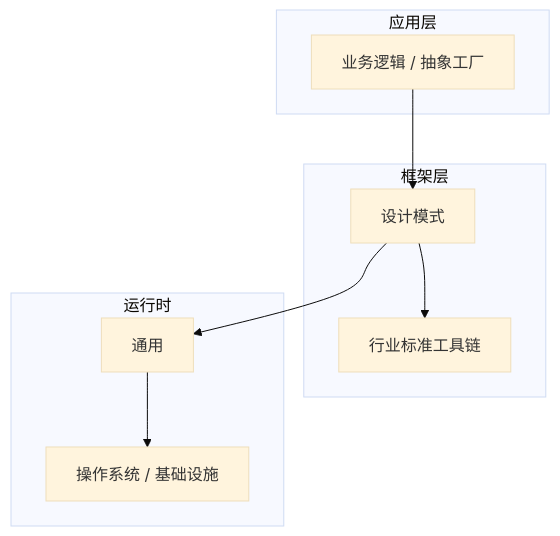
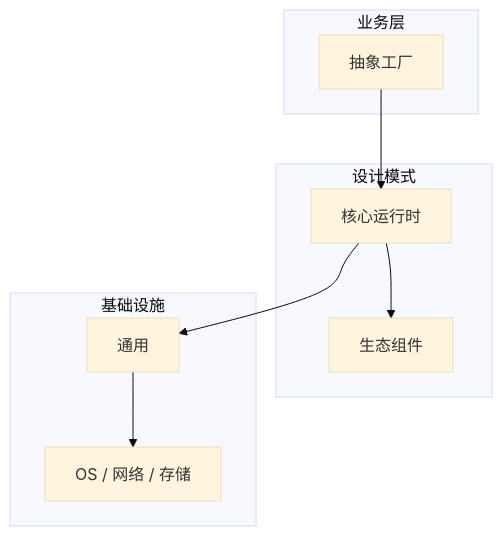
The diagram in articles/设计模式/chapters/017-抽象工厂核心概念与原理.md (yanggan2015/knowledge-json-v2), drawn with Mermaid (base theme) before and after one commit. The commit also changed other lines of this file and 10127 other files, not shown here.

````diff
--- a/articles/设计模式/chapters/017-抽象工厂核心概念与原理.md
+++ b/articles/设计模式/chapters/017-抽象工厂核心概念与原理.md
@@ -45,18 +34,18 @@
 ```mermaid
 graph TB
-    subgraph 应用层
-        A[业务逻辑 / 抽象工厂]
+    subgraph 业务层
+        A[抽象工厂]
     end
-    subgraph 框架层
-        B[设计模式]
-        C[行业标准工具链]
+    subgraph 设计模式
+        B[核心运行时]
+        C[生态组件]
     end
-    subgraph 运行时
+    subgraph 基础设施
         D[通用]
-        E[操作系统 / 基础设施]
+        E[OS / 网络 / 存储]
     end
     A --> B
     B --> C
     B --> D
     D --> E
 ```
````
